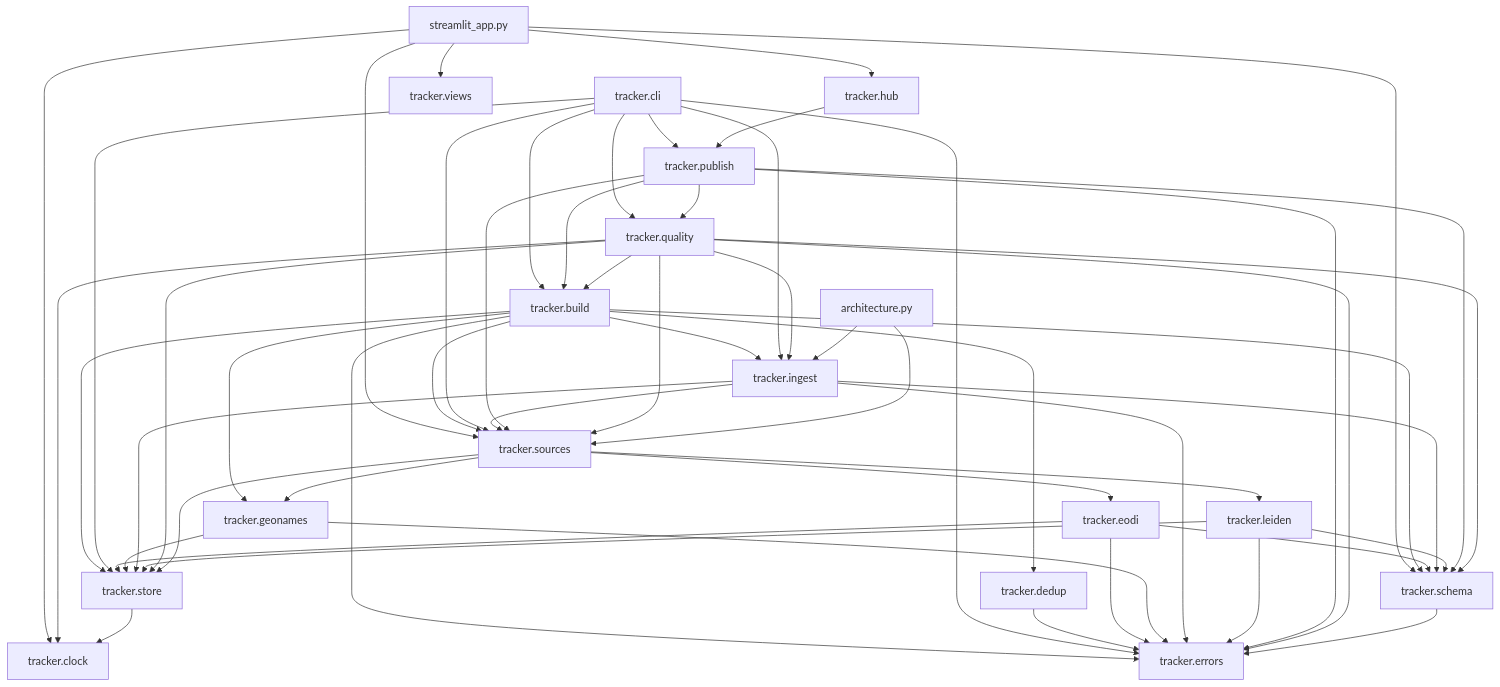
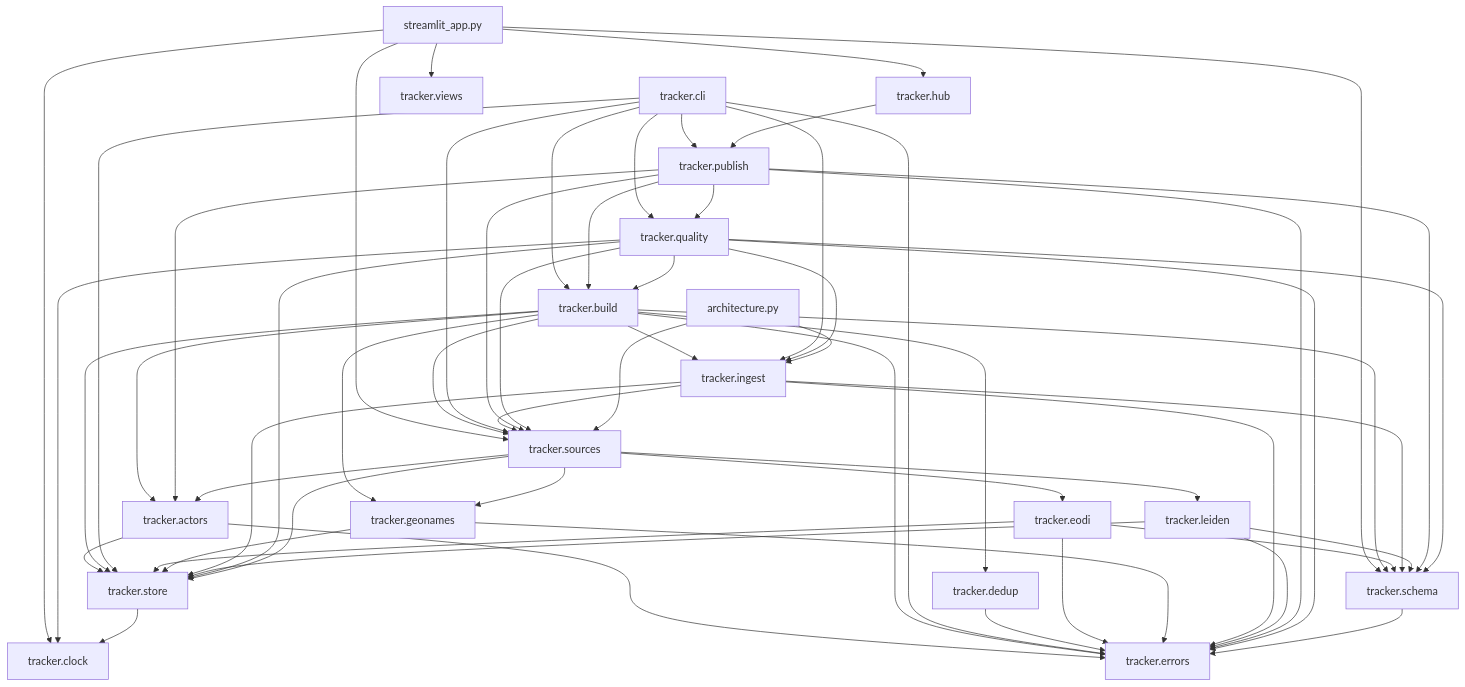
The third of 3 diagrams in docs/architecture.md (tryph0n/hybrid-tracker), drawn with Mermaid before and after one commit. The commit also changed other lines of this file and 18 other files, not shown here.

````diff
--- a/docs/architecture.md
+++ b/docs/architecture.md
@@ -151,74 +151,80 @@
 ```mermaid
 flowchart TB
   module_streamlit_app_py["streamlit_app.py"]
+  module_tracker_actors["tracker.actors"]
   module_tracker_build["tracker.build"]
   module_tracker_cli["tracker.cli"]
   module_tracker_clock["tracker.clock"]
   module_tracker_dedup["tracker.dedup"]
   module_tracker_eodi["tracker.eodi"]
   module_tracker_errors["tracker.errors"]
   module_tracker_geonames["tracker.geonames"]
   module_tracker_hub["tracker.hub"]
   module_tracker_ingest["tracker.ingest"]
   module_tracker_leiden["tracker.leiden"]
   module_tracker_publish["tracker.publish"]
   module_tracker_quality["tracker.quality"]
   module_tracker_schema["tracker.schema"]
   module_tracker_sources["tracker.sources"]
   module_tracker_store["tracker.store"]
   module_tracker_views["tracker.views"]
   module_architecture_py["architecture.py"]
   module_streamlit_app_py --> module_tracker_clock
   module_streamlit_app_py --> module_tracker_hub
   module_streamlit_app_py --> module_tracker_schema
   module_streamlit_app_py --> module_tracker_sources
   module_streamlit_app_py --> module_tracker_views
+  module_tracker_actors --> module_tracker_errors
+  module_tracker_actors --> module_tracker_store
+  module_tracker_build --> module_tracker_actors
   module_tracker_build --> module_tracker_dedup
   module_tracker_build --> module_tracker_errors
   module_tracker_build --> module_tracker_geonames
   module_tracker_build --> module_tracker_ingest
   module_tracker_build --> module_tracker_schema
   module_tracker_build --> module_tracker_sources
   module_tracker_build --> module_tracker_store
   module_tracker_cli --> module_tracker_build
   module_tracker_cli --> module_tracker_errors
   module_tracker_cli --> module_tracker_ingest
   module_tracker_cli --> module_tracker_publish
   module_tracker_cli --> module_tracker_quality
   module_tracker_cli --> module_tracker_sources
   module_tracker_cli --> module_tracker_store
   module_tracker_dedup --> module_tracker_errors
   module_tracker_eodi --> module_tracker_errors
   module_tracker_eodi --> module_tracker_schema
   module_tracker_eodi --> module_tracker_store
   module_tracker_geonames --> module_tracker_errors
   module_tracker_geonames --> module_tracker_store
   module_tracker_hub --> module_tracker_publish
   module_tracker_ingest --> module_tracker_errors
   module_tracker_ingest --> module_tracker_schema
   module_tracker_ingest --> module_tracker_sources
   module_tracker_ingest --> module_tracker_store
   module_tracker_leiden --> module_tracker_errors
   module_tracker_leiden --> module_tracker_schema
   module_tracker_leiden --> module_tracker_store
+  module_tracker_publish --> module_tracker_actors
   module_tracker_publish --> module_tracker_build
   module_tracker_publish --> module_tracker_errors
   module_tracker_publish --> module_tracker_quality
   module_tracker_publish --> module_tracker_schema
   module_tracker_publish --> module_tracker_sources
   module_tracker_quality --> module_tracker_build
   module_tracker_quality --> module_tracker_clock
   module_tracker_quality --> module_tracker_errors
   module_tracker_quality --> module_tracker_ingest
   module_tracker_quality --> module_tracker_schema
   module_tracker_quality --> module_tracker_sources
   module_tracker_quality --> module_tracker_store
   module_tracker_schema --> module_tracker_errors
+  module_tracker_sources --> module_tracker_actors
   module_tracker_sources --> module_tracker_eodi
   module_tracker_sources --> module_tracker_geonames
   module_tracker_sources --> module_tracker_leiden
   module_tracker_sources --> module_tracker_store
   module_tracker_store --> module_tracker_clock
   module_architecture_py --> module_tracker_ingest
   module_architecture_py --> module_tracker_sources
 ```
````
